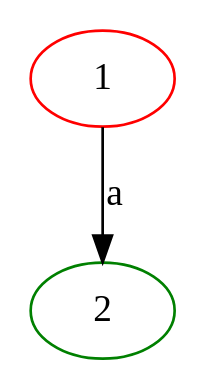
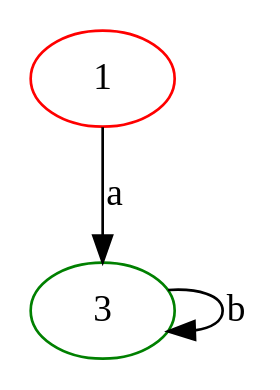
One commit to aboubacardiawara/DAAR changed the diagram in tme1/regex/derministicAutomate.dot. Above: the diagram before and after it, drawn with Graphviz. The commit also changed 4 other files, not shown here.

```diff
--- a/tme1/regex/derministicAutomate.dot
+++ b/tme1/regex/derministicAutomate.dot
@@ -1,5 +1,7 @@
 digraph {
 	1 [color="red"]
-	1 -> 2 [label="a"]
-	2 [color="green"]
+	1 -> 3 [label="a"]
+	3 [color="green"]
+	3 [color="green"]
+	3 -> 3 [label="b"]
 }
```
